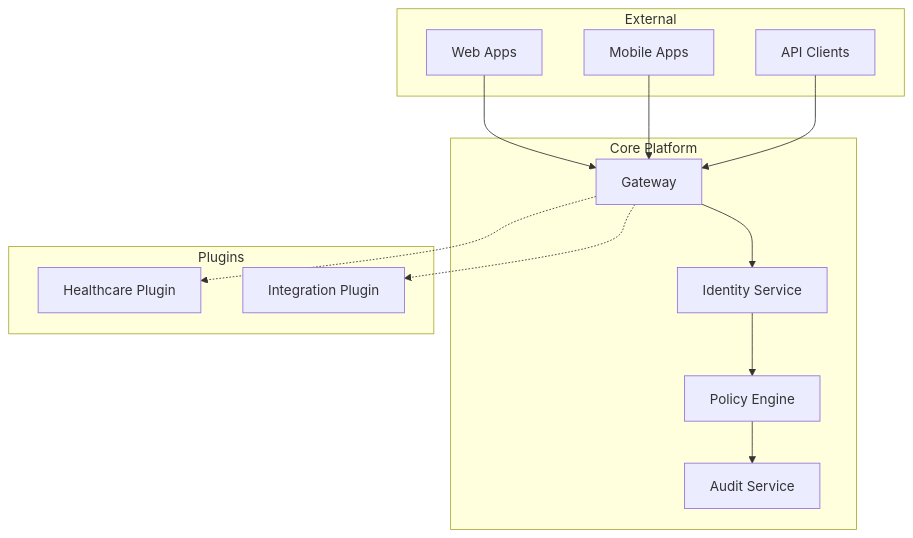
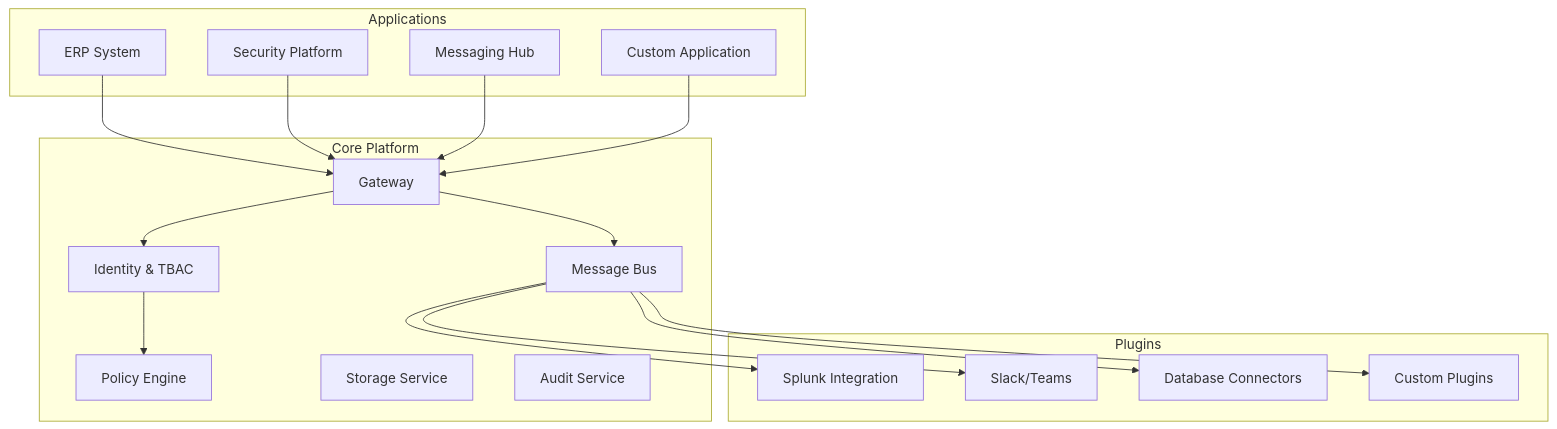
Before and after one commit to DMontgomery40/vivified: the diagram in docs/index.md, drawn with Mermaid. The commit also changed other lines of this file, not shown here.

````diff
--- a/docs/index.md
+++ b/docs/index.md
@@ -64,29 +49,38 @@
-    ```mermaid
-    graph TB
-        subgraph "External"
-            WEB[Web Apps]
-            MOB[Mobile Apps]
-            API[API Clients]
-        end
-        
-        subgraph "Core Platform"
-            GW[Gateway]
-            AUTH[Identity Service]
-            POL[Policy Engine]
-            AUDIT[Audit Service]
-        end
-        
-        subgraph "Plugins"
-            P1[Healthcare Plugin]
-            P2[Integration Plugin]
-        end
-        
-        WEB --> GW
-        MOB --> GW
-        API --> GW
-        GW --> AUTH
-        AUTH --> POL
-        POL --> AUDIT
-        GW -.-> P1
-        GW -.-> P2
-    ```
+```mermaid
+graph TB
+    subgraph "Applications"
+        APP1[ERP System]
+        APP2[Security Platform]
+        APP3[Messaging Hub]
+        APP4[Custom Application]
+    end
+    
+    subgraph "Core Platform"
+        GW[Gateway]
+        AUTH[Identity & TBAC]
+        POL[Policy Engine]
+        STOR[Storage Service]
+        MSG[Message Bus]
+        AUDIT[Audit Service]
+    end
+    
+    subgraph "Plugins"
+        P1[Splunk Integration]
+        P2[Slack/Teams]
+        P3[Database Connectors]
+        P4[Custom Plugins]
+    end
+    
+    APP1 --> GW
+    APP2 --> GW
+    APP3 --> GW
+    APP4 --> GW
+    
+    GW --> AUTH
+    AUTH --> POL
+    GW --> MSG
+    MSG --> P1
+    MSG --> P2
+    MSG --> P3
+    MSG --> P4
+```
````
